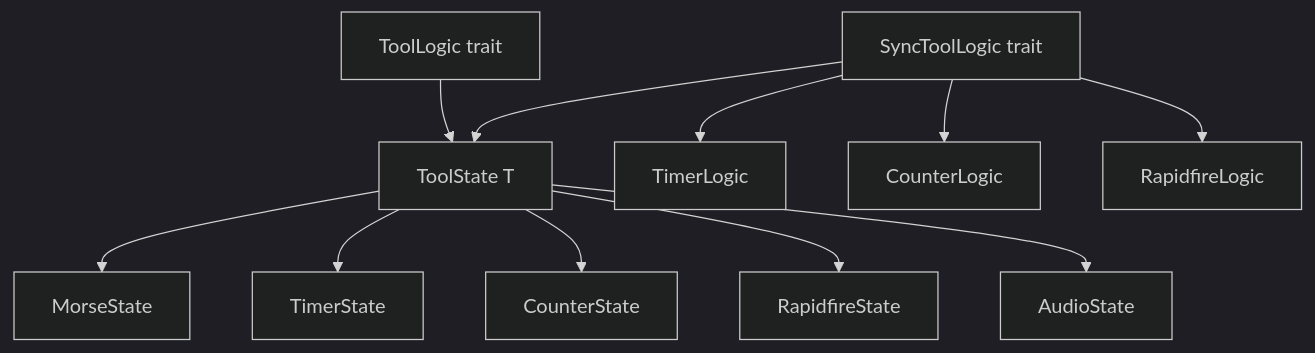
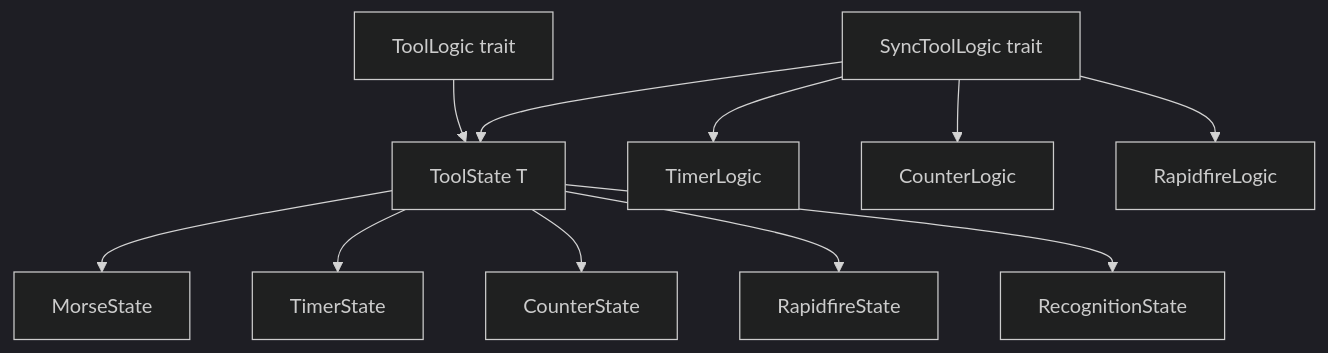
The second of 2 diagrams in droid-wiki/overview/architecture.md (IZRINO/delta-auto-tools), drawn with Mermaid (dark theme) before and after one commit. The commit also changed other lines of this file and 48 other files, not shown here.

````diff
--- a/droid-wiki/overview/architecture.md
+++ b/droid-wiki/overview/architecture.md
@@ -89,13 +89,13 @@
 ```mermaid
 graph TD
     ToolLogic[ToolLogic trait] --> ToolState[ToolState T]
     ToolState --> MorseState[MorseState]
     ToolState --> TimerState[TimerState]
     ToolState --> CounterState[CounterState]
     ToolState --> RapidfireState[RapidfireState]
-    ToolState --> AudioState[AudioState]
+    ToolState --> RecognitionState[RecognitionState]
     SyncToolLogic[SyncToolLogic trait] --> ToolState
     SyncToolLogic --> TimerLogic
     SyncToolLogic --> CounterLogic
     SyncToolLogic --> RapidfireLogic
 ```
````
